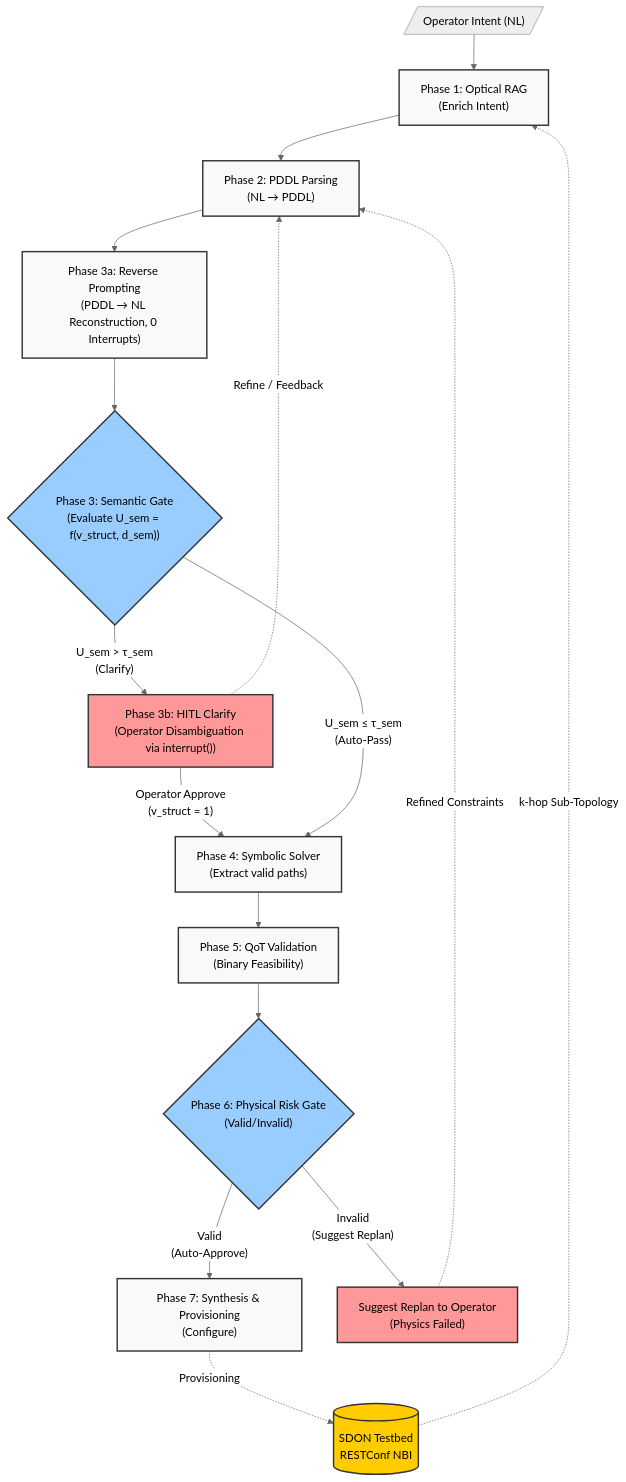
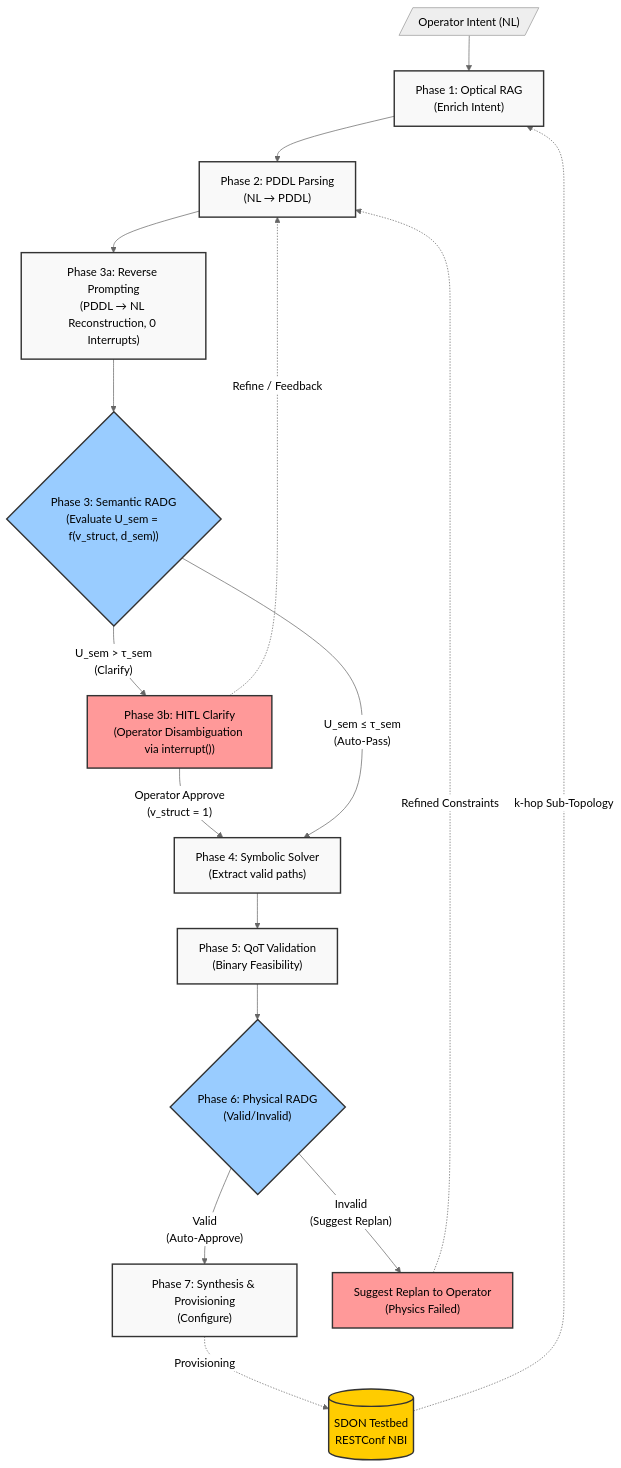
One commit to ABADIAb/MultiAgent-ON changed the diagram in docs/LLM_Wiki/wiki/architecture/Architecture_v5.md. Above: the diagram before and after it, drawn with Mermaid (neutral theme). The commit also changed other lines of this file and 48 other files, not shown here.

````diff
--- a/docs/LLM_Wiki/wiki/architecture/Architecture_v5.md
+++ b/docs/LLM_Wiki/wiki/architecture/Architecture_v5.md
@@ -34,42 +34,42 @@
 ```mermaid
 flowchart TD
     %% Styling
     classDef phase fill:#f9f9f9,stroke:#333,stroke-width:2px
     classDef decision fill:#99ccff,stroke:#333,stroke-width:2px
     classDef hitl fill:#ff9999,stroke:#333,stroke-width:2px
     classDef testbed fill:#ffcc00,stroke:#333,stroke-width:2px
     classDef reject fill:#ff6666,stroke:#333,stroke-width:2px,color:#fff
 
     UserIntent[/"Operator Intent (NL)"/] --> Phase1
      
     Phase1["Phase 1: Optical RAG<br/>(Enrich Intent)"]:::phase
     Phase2["Phase 2: PDDL Parsing<br/>(NL → PDDL)"]:::phase
     Phase3a["Phase 3a: Reverse Prompting<br/>(PDDL → NL Reconstruction, 0 Interrupts)"]:::phase
-    Phase3{"Phase 3: Semantic Gate<br/>(Evaluate U_sem = f(v_struct, d_sem))"}:::decision
+    Phase3{"Phase 3: Semantic RADG<br/>(Evaluate U_sem = f(v_struct, d_sem))"}:::decision
     Phase3b["Phase 3b: HITL Clarify<br/>(Operator Disambiguation via interrupt())"]:::hitl
     Phase4["Phase 4: Symbolic Solver<br/>(Extract valid paths)"]:::phase
     Phase5["Phase 5: QoT Validation<br/>(Binary Feasibility)"]:::phase
-    Phase6{"Phase 6: Physical Risk Gate<br/>(Valid/Invalid)"}:::decision
+    Phase6{"Phase 6: Physical RADG<br/>(Valid/Invalid)"}:::decision
     Phase7["Phase 7: Synthesis & Provisioning<br/>(Configure)"]:::phase
     
     Replan["Suggest Replan to Operator<br/>(Physics Failed)"]:::hitl
     
     Phase1 --> Phase2
     Phase2 --> Phase3a
     Phase3a --> Phase3
     Phase3 -->|"U_sem > τ_sem<br/>(Clarify)"| Phase3b
     Phase3b -.->|"Refine / Feedback"| Phase2
     Phase3b -->|"Operator Approve<br/>(v_struct = 1)"| Phase4
     Phase3 -->|"U_sem ≤ τ_sem<br/>(Auto-Pass)"| Phase4
     Phase4 --> Phase5
     Phase5 --> Phase6
     
     Phase6 -->|"Valid<br/>(Auto-Approve)"| Phase7
     Phase6 -->|"Invalid<br/>(Suggest Replan)"| Replan
 
     Replan -.->|"Refined Constraints"| Phase2
 
     Testbed[("SDON Testbed<br/>RESTConf NBI")]:::testbed
     Phase7 -.->|"Provisioning"| Testbed
     Testbed -.->|"k-hop Sub-Topology"| Phase1
 ```
````
